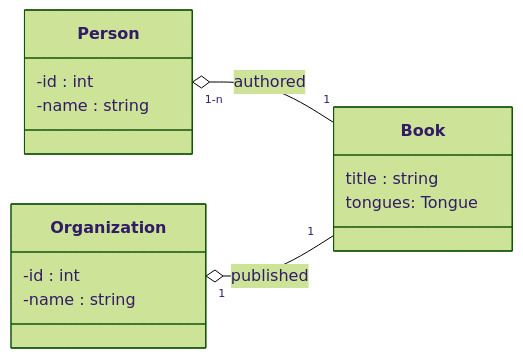
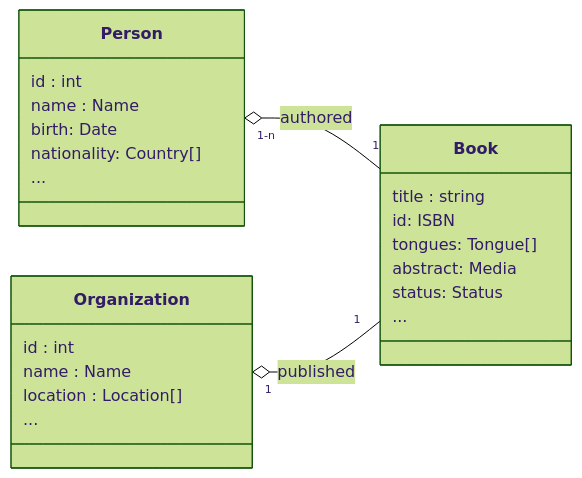
One commit to Kyriosity/use-dev changed the second of 2 diagrams in README+/techniques/README+/polymorphism+/README+/prop_shift.md. Above: the diagram before and after it, drawn with Mermaid (forest theme). The commit also changed other lines of this file, not shown here.

````diff
--- a/README+/techniques/README+/polymorphism+/README+/prop_shift.md
+++ b/README+/techniques/README+/polymorphism+/README+/prop_shift.md
@@ -44,20 +44,29 @@
 ```mermaid
 classDiagram
   direction RL
   class Book {
     title : string
-    tongues: Tongue
+    id: ISBN
+    tongues: Tongue[]
+    abstract: Media
+    status: Status
+    ...
   }
   class Person{
-    -id : int
-    -name : string
+    id : int
+    name : Name
+    birth: Date
+    nationality: Country[]
+    ...
   }
   class Organization{
-    -id : int
-    -name : string
+    id : int
+    name : Name
+    location : Location[]
+    ...
   }
   Book "1" --o "1-n" Person : authored
   Book "1" --o "1" Organization : published
 
   style Student fill:#bbf,stroke:#333,stroke-width:4px
 ```
````
